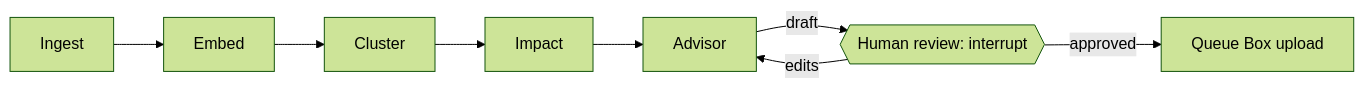
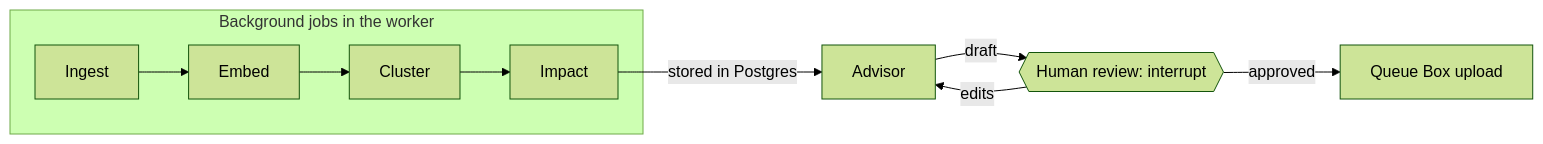
Before and after one commit to pihuvijay/infrastructure-insights-hub: the second of 5 diagrams in README.md, drawn with Mermaid (forest theme). The commit also changed other lines of this file and 20 other files, not shown here.

````diff
--- a/README.md
+++ b/README.md
@@ -167,7 +171,10 @@
 ```mermaid
 flowchart LR
-  Ingest --> Embed --> Cluster --> Impact --> Advisor
+  subgraph Jobs[Background jobs in the worker]
+    Ingest --> Embed --> Cluster --> Impact
+  end
+  Impact -->|stored in Postgres| Advisor
   Advisor -->|draft| Review{{Human review: interrupt}}
   Review -->|approved| Upload[Queue Box upload]
   Review -->|edits| Advisor
 ```
````
